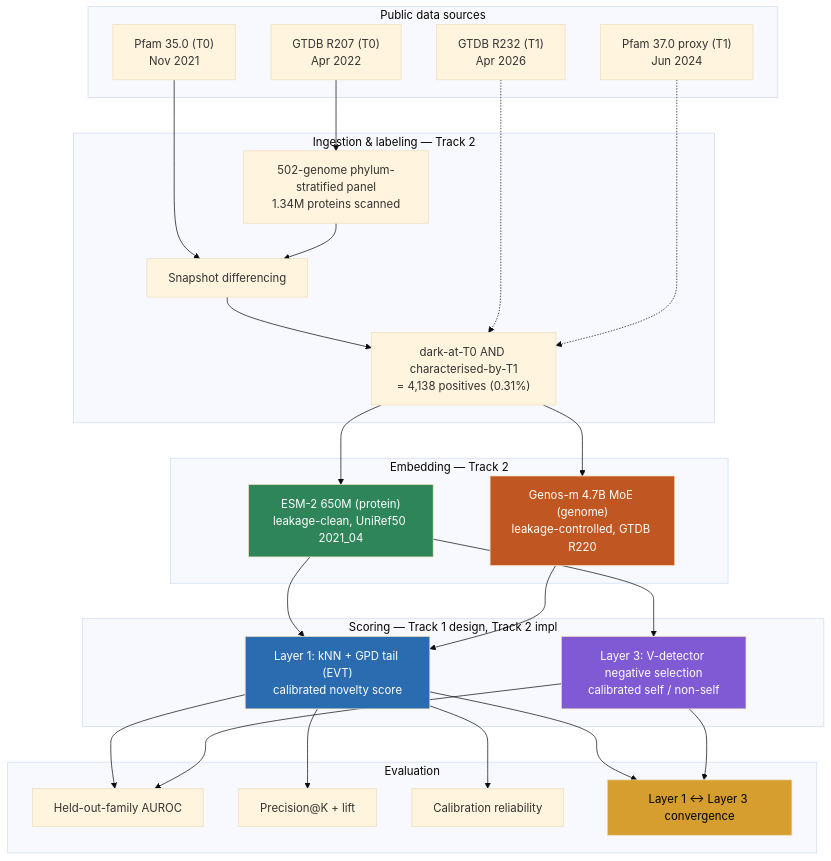
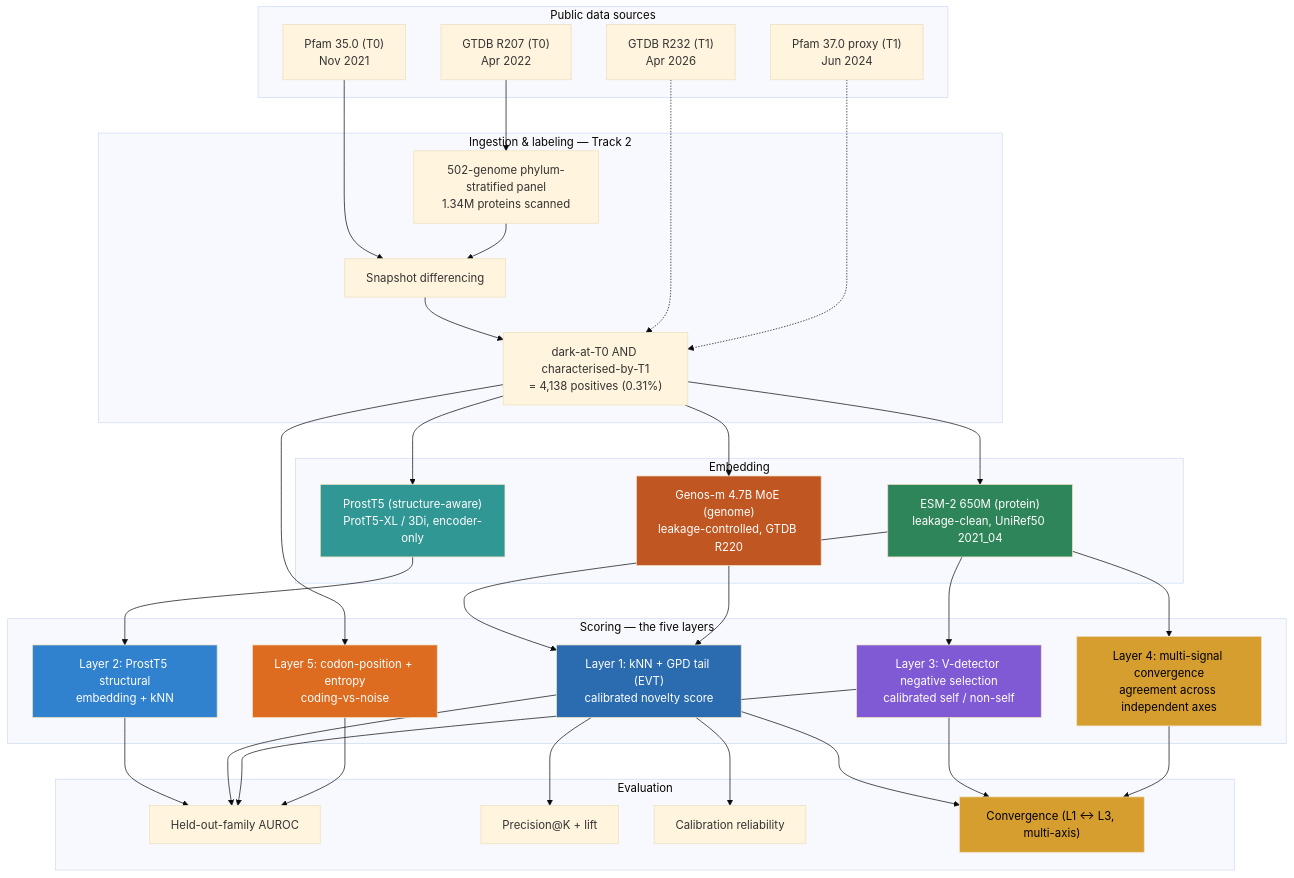
The diagram in README.md (Ganglet/Obscuron), drawn with Mermaid (base theme) before and after one commit. The commit also changed other lines of this file and 1 other file, not shown here.

````diff
--- a/README.md
+++ b/README.md
@@ -23,55 +23,70 @@
 ```mermaid
 flowchart TD
     subgraph SRC["Public data sources"]
         GTDB207["GTDB R207 (T0)<br/>Apr 2022"]
         GTDB232["GTDB R232 (T1)<br/>Apr 2026"]
         PFAM35["Pfam 35.0 (T0)<br/>Nov 2021"]
         PFAM37["Pfam 37.0 proxy (T1)<br/>Jun 2024"]
     end
 
     subgraph INGEST["Ingestion & labeling — Track 2"]
         PANEL["502-genome phylum-stratified panel<br/>1.34M proteins scanned"]
         DIFF["Snapshot differencing"]
         LABEL["dark-at-T0 AND characterised-by-T1<br/>= 4,138 positives (0.31%)"]
     end
 
-    subgraph EMBED["Embedding — Track 2"]
+    subgraph EMBED["Embedding"]
         ESM2["ESM-2 650M (protein)<br/>leakage-clean, UniRef50 2021_04"]
         GENOSM["Genos-m 4.7B MoE (genome)<br/>leakage-controlled, GTDB R220"]
+        PROSTT5["ProstT5 (structure-aware)<br/>ProtT5-XL / 3Di, encoder-only"]
     end
 
-    subgraph SCORE["Scoring — Track 1 design, Track 2 impl"]
+    subgraph SCORE["Scoring — the five layers"]
         L1["Layer 1: kNN + GPD tail (EVT)<br/>calibrated novelty score"]
+        L2["Layer 2: ProstT5 structural<br/>embedding + kNN"]
         L3["Layer 3: V-detector negative selection<br/>calibrated self / non-self"]
+        L5["Layer 5: codon-position + entropy<br/>coding-vs-noise"]
+        L4["Layer 4: multi-signal convergence<br/>agreement across independent axes"]
     end
 
     subgraph EVAL["Evaluation"]
         AUROC["Held-out-family AUROC"]
         PATK["Precision@K + lift"]
         CAL["Calibration reliability"]
-        CONV["Layer 1 <-> Layer 3 convergence"]
+        CONV["Convergence (L1 &lt;-&gt; L3, multi-axis)"]
     end
 
     GTDB207 --> PANEL
     PFAM35 --> DIFF
     PANEL --> DIFF --> LABEL
     GTDB232 -.-> LABEL
     PFAM37 -.-> LABEL
     LABEL --> ESM2
     LABEL --> GENOSM
+    LABEL --> PROSTT5
+    LABEL --> L5
     ESM2 --> L1
     ESM2 --> L3
     GENOSM --> L1
+    PROSTT5 --> L2
+    ESM2 --> L4
+    L2 --> AUROC
     L1 --> AUROC
     L1 --> PATK
     L1 --> CAL
     L3 --> AUROC
+    L5 --> AUROC
     L1 --> CONV
     L3 --> CONV
+    L4 --> CONV
 
     style L1 fill:#2b6cb0,color:#fff
+    style L2 fill:#3182ce,color:#fff
     style L3 fill:#805ad5,color:#fff
+    style L4 fill:#d69e2e,color:#000
+    style L5 fill:#dd6b20,color:#fff
     style ESM2 fill:#2f855a,color:#fff
     style GENOSM fill:#c05621,color:#fff
+    style PROSTT5 fill:#319795,color:#fff
     style CONV fill:#d69e2e,color:#000
 ```
````
